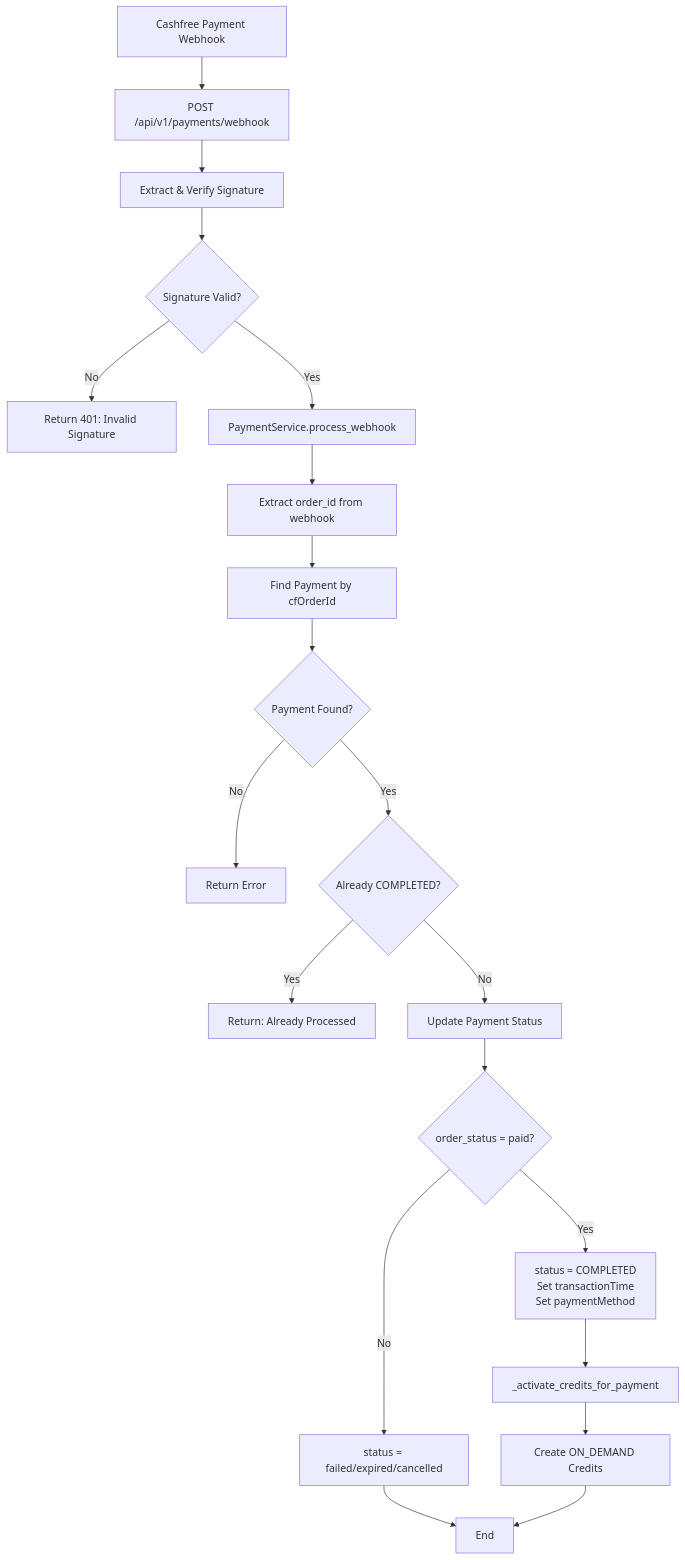
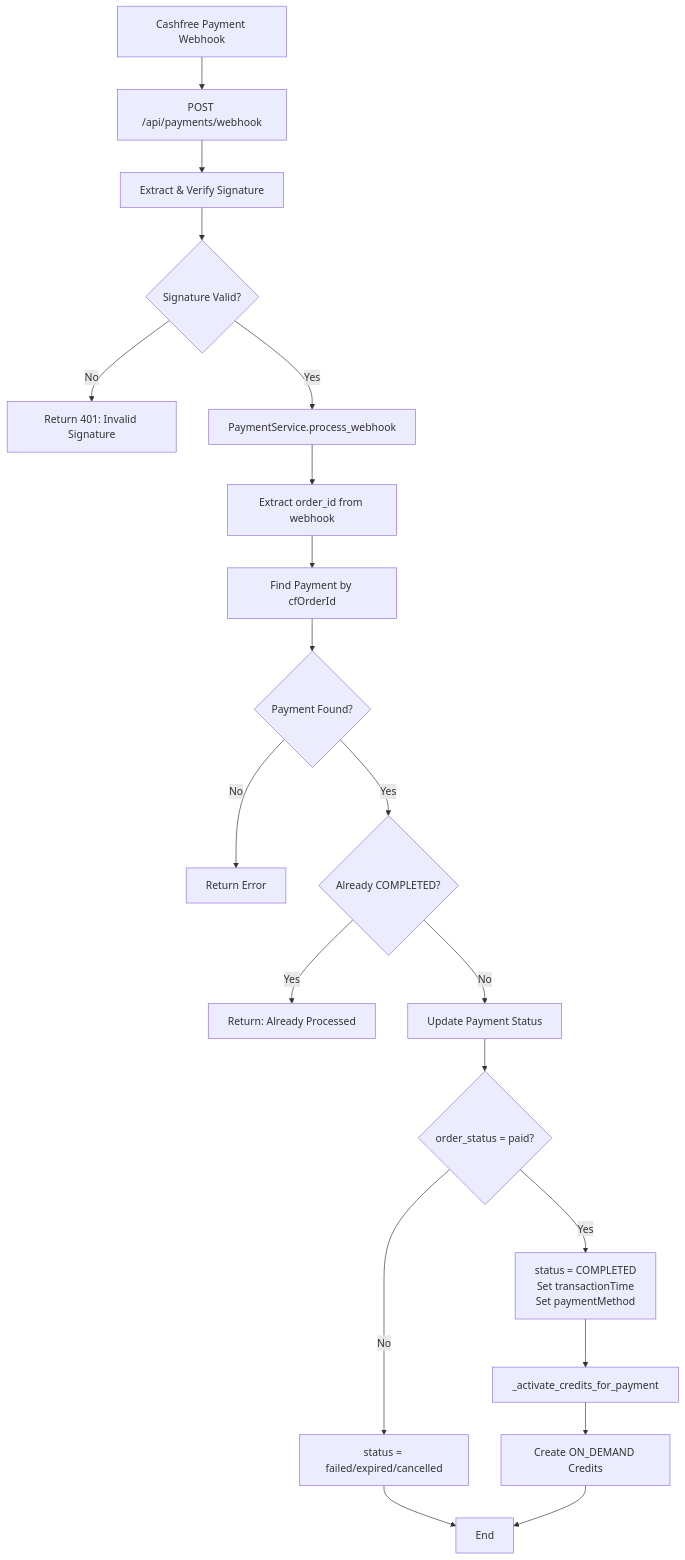
One commit to Grosint/backend changed the sixth of 7 diagrams in PAYMENT_FLOW_DIAGRAM.md. Above: the diagram before and after it, drawn with Mermaid. The commit also changed other lines of this file and 8 other files, not shown here.

````diff
--- a/PAYMENT_FLOW_DIAGRAM.md
+++ b/PAYMENT_FLOW_DIAGRAM.md
@@ -288,26 +288,26 @@
 ```mermaid
 flowchart TD
-    A[Cashfree Payment Webhook] --> B[POST /api/v1/payments/webhook]
+    A[Cashfree Payment Webhook] --> B[POST /api/payments/webhook]
     B --> C[Extract & Verify Signature]
     C --> D{Signature Valid?}
     D -->|No| E[Return 401: Invalid Signature]
     D -->|Yes| F[PaymentService.process_webhook]
 
     F --> G[Extract order_id from webhook]
     G --> H[Find Payment by cfOrderId]
     H --> I{Payment Found?}
     I -->|No| J[Return Error]
     I -->|Yes| K{Already COMPLETED?}
     K -->|Yes| L[Return: Already Processed]
     K -->|No| M[Update Payment Status]
 
     M --> N{order_status = paid?}
     N -->|Yes| O[status = COMPLETED<br/>Set transactionTime<br/>Set paymentMethod]
     N -->|No| P[status = failed/expired/cancelled]
 
     O --> Q[_activate_credits_for_payment]
     P --> R[End]
 
     Q --> S[Create ON_DEMAND Credits]
     S --> R
 ```
````
